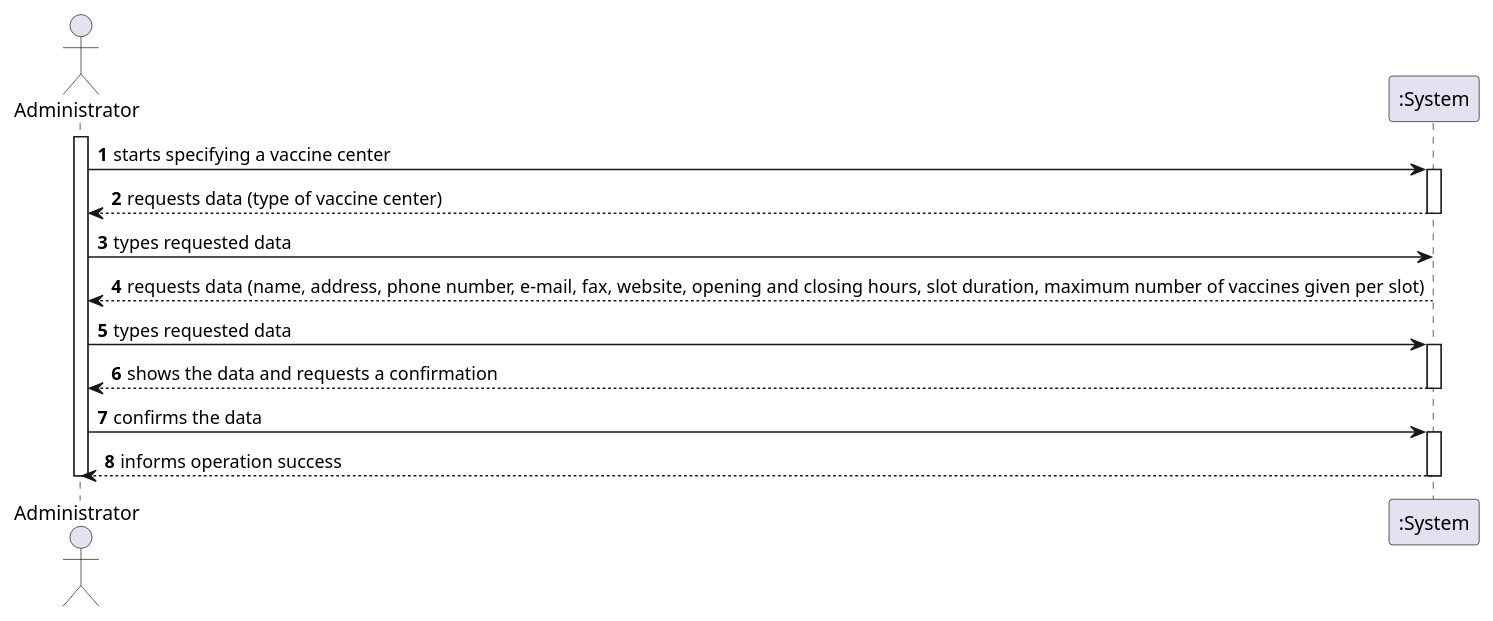
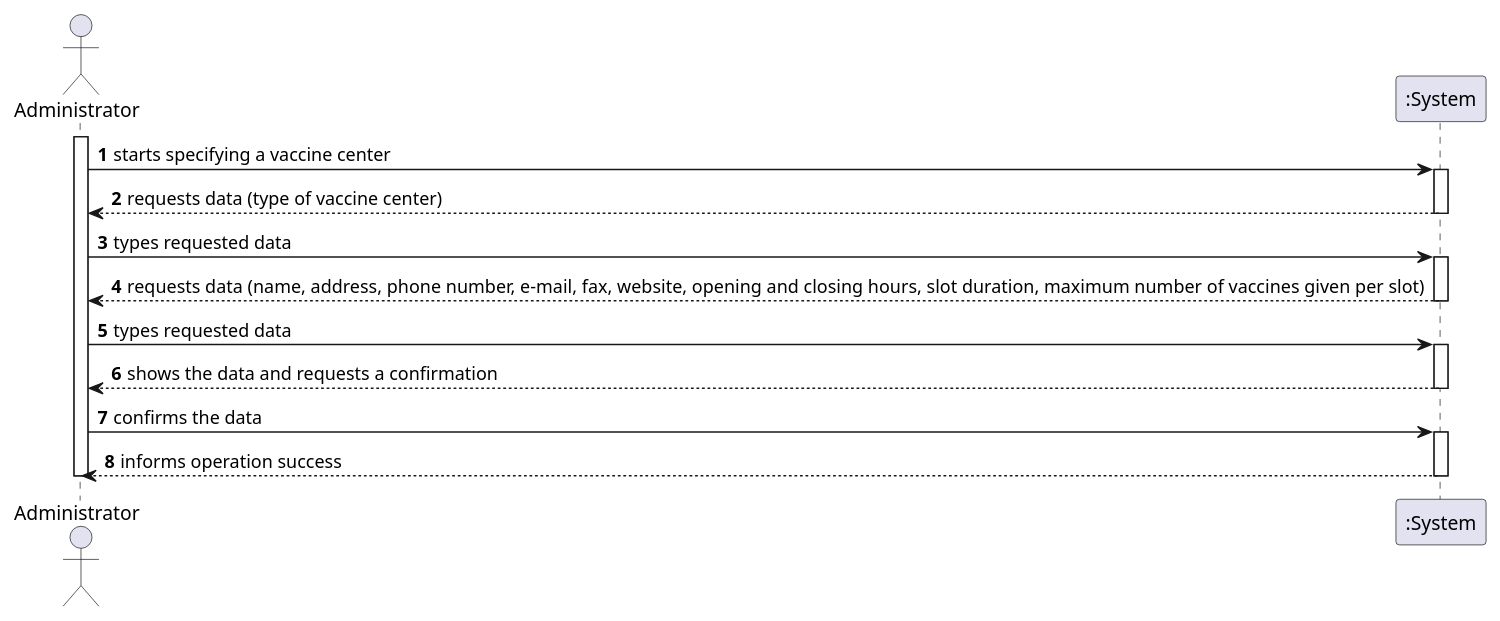
Before and after one commit to PedroMesquita1211171/VaccinationManager: the diagram in docs/SprintB/US/US9/US009_SSD.puml, drawn with PlantUML. The commit also changed 4 other files, not shown here.

```diff
--- a/docs/SprintB/US/US9/US009_SSD.puml
+++ b/docs/SprintB/US/US9/US009_SSD.puml
@@ -1,27 +1,25 @@
 @startuml
 autonumber
 actor "Administrator" as ADM
 
 activate ADM
 ADM -> ":System" : starts specifying a vaccine center
 activate ":System"
 ":System" --> ADM : requests data (type of vaccine center)
 deactivate ":System"
 ADM -> ":System" :types requested data
-
+activate ":System"
 ":System" --> ADM : requests data (name, address, phone number, e-mail, fax, website, opening and closing hours, slot duration, maximum number of vaccines given per slot)
 deactivate ":System"
-
 ADM -> ":System" : types requested data
 activate ":System"
 ":System" --> ADM : shows the data and requests a confirmation
 deactivate
-
 ADM -> ":System" : confirms the data
 activate ":System"
 ":System" --> ADM : informs operation success
 deactivate ":System"
 
 deactivate ADM
 
 @enduml
```
